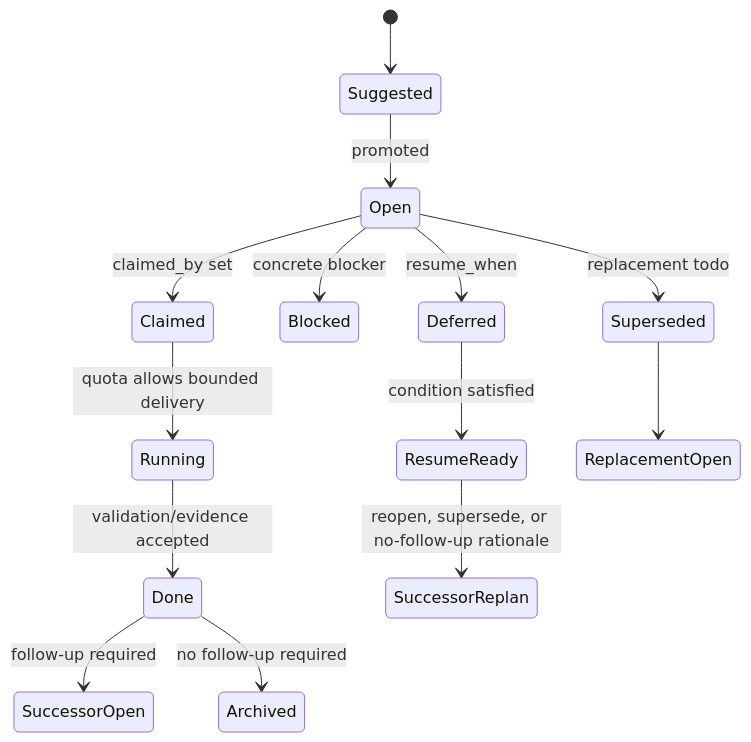
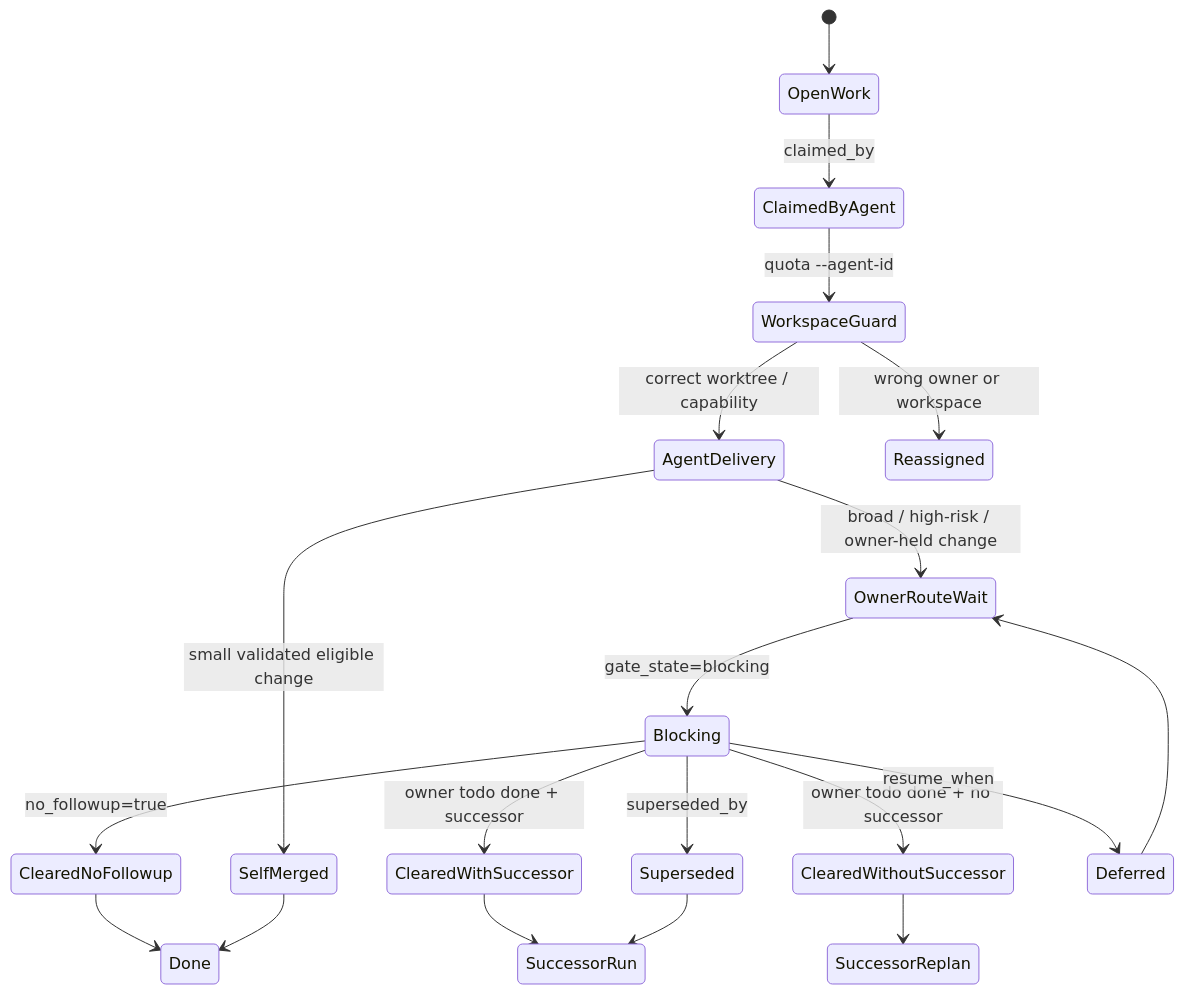
Before and after one commit to huangruiteng/goal-harness: the fifth of 9 diagrams in docs/product/core-control-plane/state-machine.md, drawn with Mermaid. The commit also changed other lines of this file and 1 other file, not shown here.

````diff
--- a/docs/product/core-control-plane/state-machine.md
+++ b/docs/product/core-control-plane/state-machine.md
@@ -83,16 +200,22 @@
 ```mermaid
 stateDiagram-v2
-  [*] --> Suggested
-  Suggested --> Open: promoted
-  Open --> Claimed: claimed_by set
-  Claimed --> Running: quota allows bounded delivery
-  Running --> Done: validation/evidence accepted
-  Done --> SuccessorOpen: follow-up required
-  Done --> Archived: no follow-up required
-  Open --> Blocked: concrete blocker
-  Open --> Deferred: resume_when
-  Deferred --> ResumeReady: condition satisfied
-  ResumeReady --> SuccessorReplan: reopen, supersede, or no-follow-up rationale
-  Open --> Superseded: replacement todo
-  Superseded --> ReplacementOpen
+  [*] --> OpenWork
+  OpenWork --> ClaimedByAgent: claimed_by
+  ClaimedByAgent --> WorkspaceGuard: quota --agent-id
+  WorkspaceGuard --> AgentDelivery: correct worktree / capability
+  WorkspaceGuard --> Reassigned: wrong owner or workspace
+  AgentDelivery --> SelfMerged: small validated eligible change
+  AgentDelivery --> OwnerRouteWait: broad / high-risk / owner-held change
+  OwnerRouteWait --> Blocking: gate_state=blocking
+  Blocking --> ClearedWithSuccessor: owner todo done + successor
+  Blocking --> ClearedWithoutSuccessor: owner todo done + no successor
+  Blocking --> ClearedNoFollowup: no_followup=true
+  Blocking --> Superseded: superseded_by
+  Blocking --> Deferred: resume_when
+  ClearedWithoutSuccessor --> SuccessorReplan
+  ClearedWithSuccessor --> SuccessorRun
+  ClearedNoFollowup --> Done
+  Superseded --> SuccessorRun
+  Deferred --> OwnerRouteWait
+  SelfMerged --> Done
 ```
````
